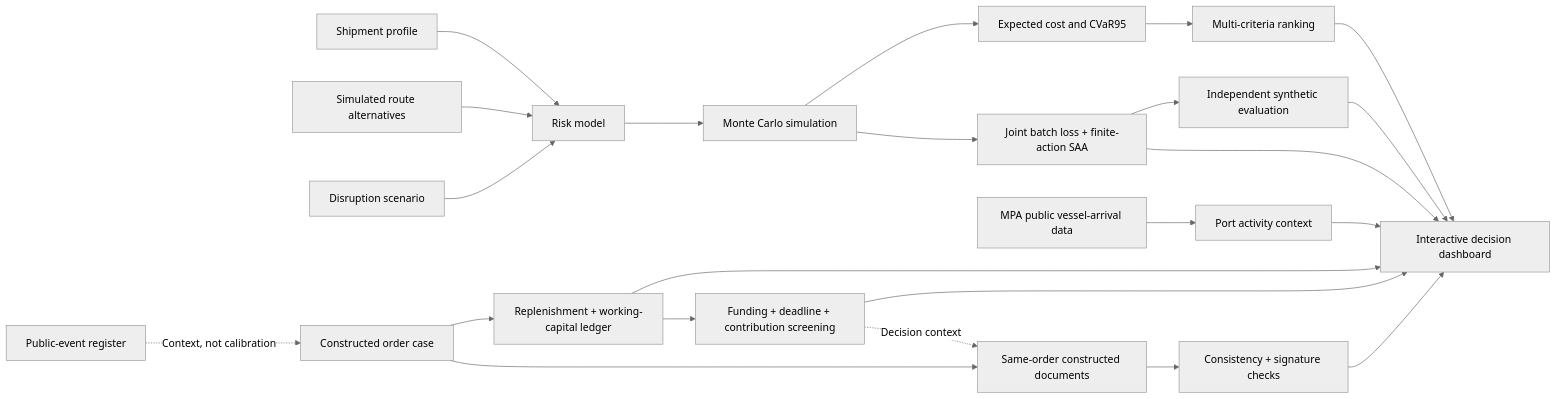
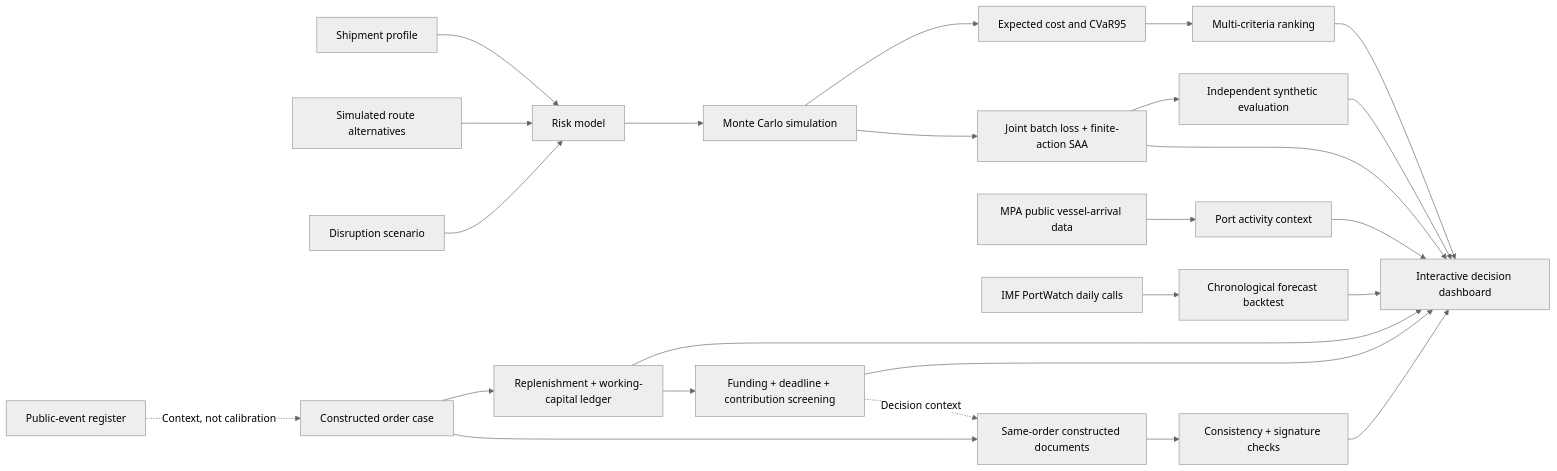
One commit to sitora77/harborshield changed the diagram in README.md. Above: the diagram before and after it, drawn with Mermaid (neutral theme). The commit also changed other lines of this file and 26 other files, not shown here.

Commit message:
Add reproducible PortWatch real-data forecast evidence

````diff
--- a/README.md
+++ b/README.md
@@ -42,25 +59,27 @@
 ```mermaid
 flowchart LR
     A[Shipment profile] --> D[Risk model]
     B[Simulated route alternatives] --> D
     C[Disruption scenario] --> D
     D --> E[Monte Carlo simulation]
     E --> F[Expected cost and CVaR95]
     F --> G[Multi-criteria ranking]
     E --> H[Joint batch loss + finite-action SAA]
     H --> L[Independent synthetic evaluation]
     I[MPA public vessel-arrival data] --> J[Port activity context]
     G --> K[Interactive decision dashboard]
     H --> K
     L --> K
     J --> K
+    S[IMF PortWatch daily calls] --> T[Chronological forecast backtest]
+    T --> K
     M[Public-event register] -. Context, not calibration .-> N[Constructed order case]
     N --> O[Replenishment + working-capital ledger]
     O --> K
     O --> R[Funding + deadline + contribution screening]
     R --> K
     N --> P[Same-order constructed documents]
     R -. Decision context .-> P
     P --> Q[Consistency + signature checks]
     Q --> K
 ```
````
